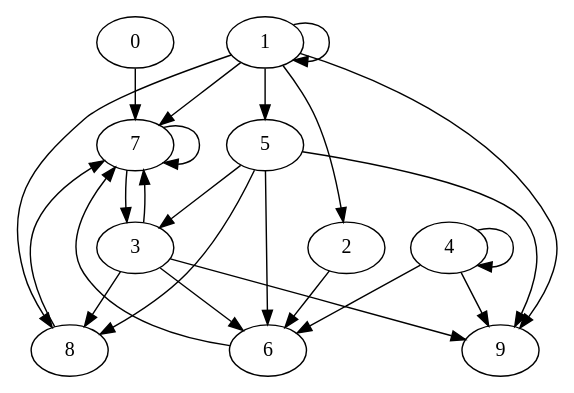
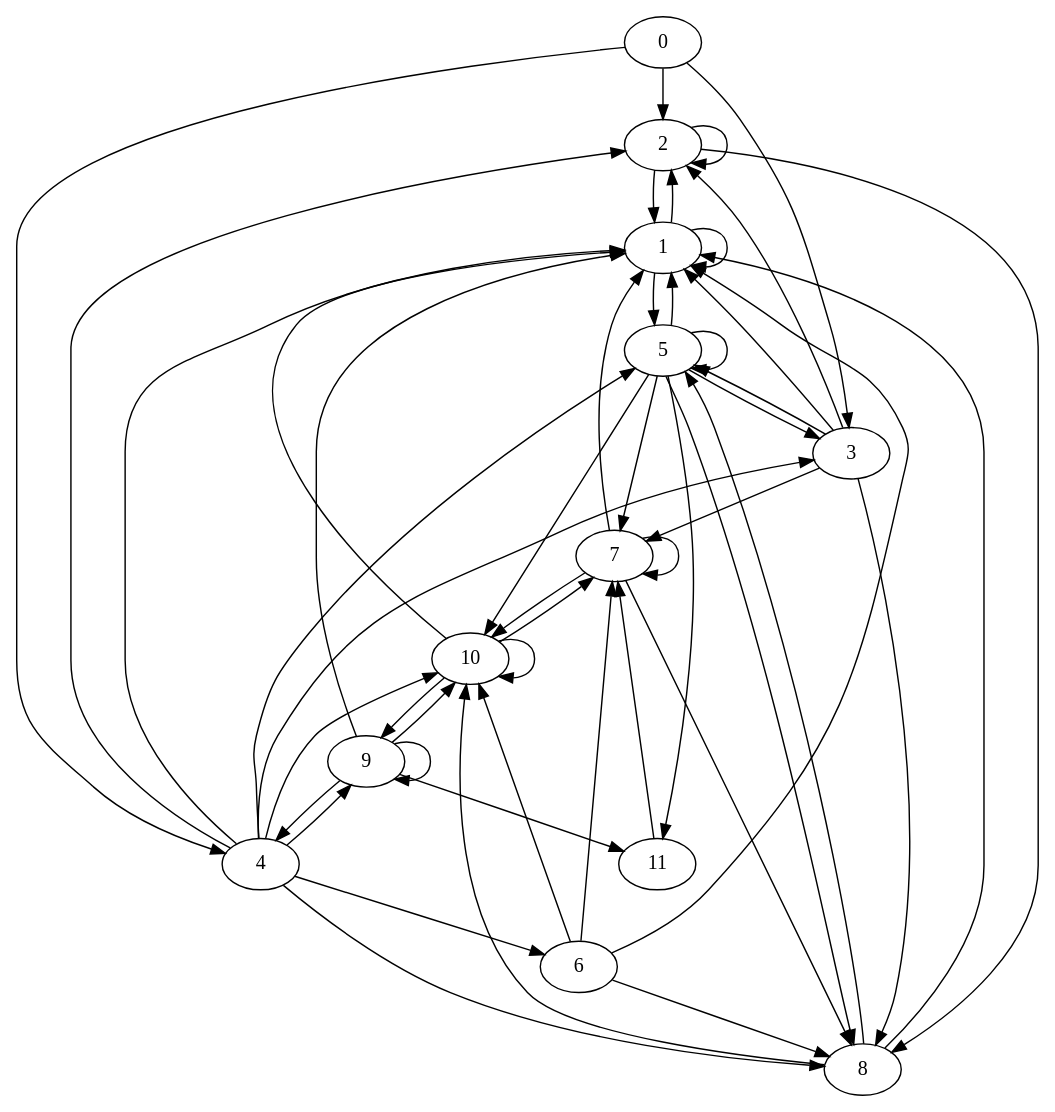
Before and after one commit to ASique-4/-EDD_2S-BatallaNaval_202012039: the diagram in Fase3/Interfaz/grafo.dot, drawn with Graphviz. The commit also changed 16 other files, not shown here.

```diff
--- a/Fase3/Interfaz/grafo.dot
+++ b/Fase3/Interfaz/grafo.dot
@@ -1,35 +1,52 @@
 digraph G {
-0;
-0->7;
-1;
+0->2;
+0->3;
+0->4;
 1->1;
 1->2;
 1->5;
-1->7;
-1->8;
-1->9;
-2;
-2->6;
-3;
-3->6;
-3->9;
+2->1;
+2->2;
+2->8;
+3->1;
+3->2;
+3->5;
+3->7;
 3->8;
-3->7;
-4;
+4->1;
+4->2;
+4->3;
+4->5;
 4->6;
+4->8;
 4->9;
-4->4;
-5;
-5->6;
-5->9;
+4->10;
+5->1;
+5->3;
+5->5;
+5->7;
 5->8;
-5->3;
-6;
+5->10;
+5->11;
+6->1;
 6->7;
-7;
-7->3;
+6->8;
+6->10;
+7->1;
 7->7;
-8;
-8->7;
-9;
+7->8;
+7->10;
+8->1;
+8->5;
+8->10;
+9->1;
+9->4;
+9->9;
+9->10;
+9->11;
+10->1;
+10->7;
+10->9;
+10->10;
+11->7;
 }
```
